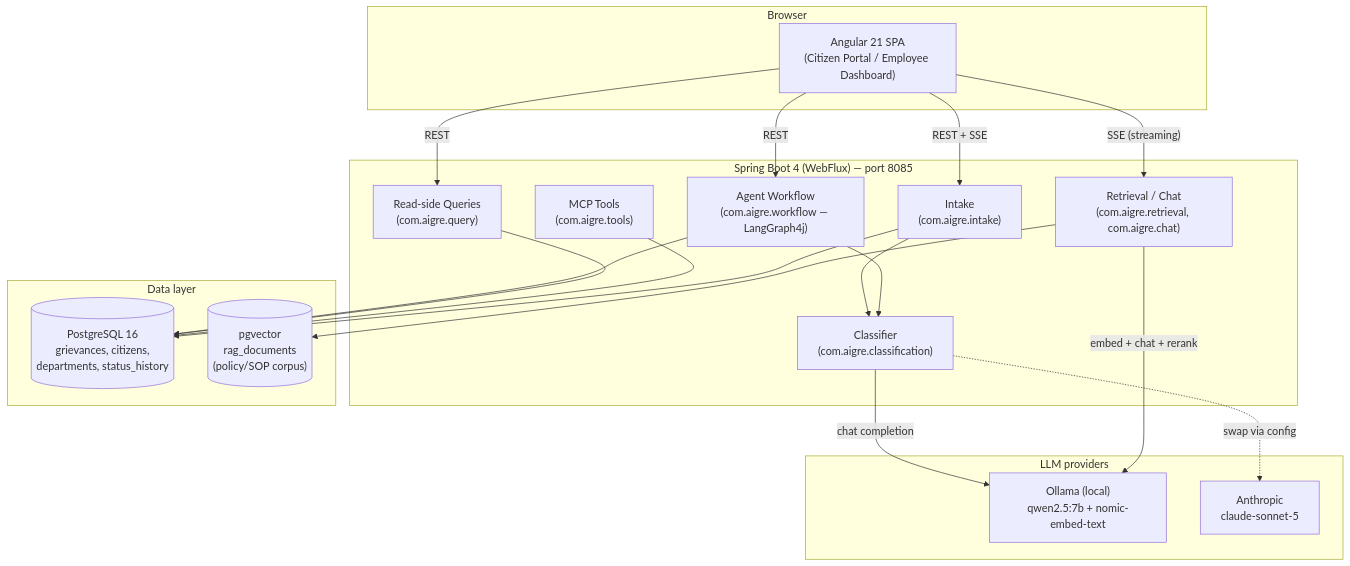
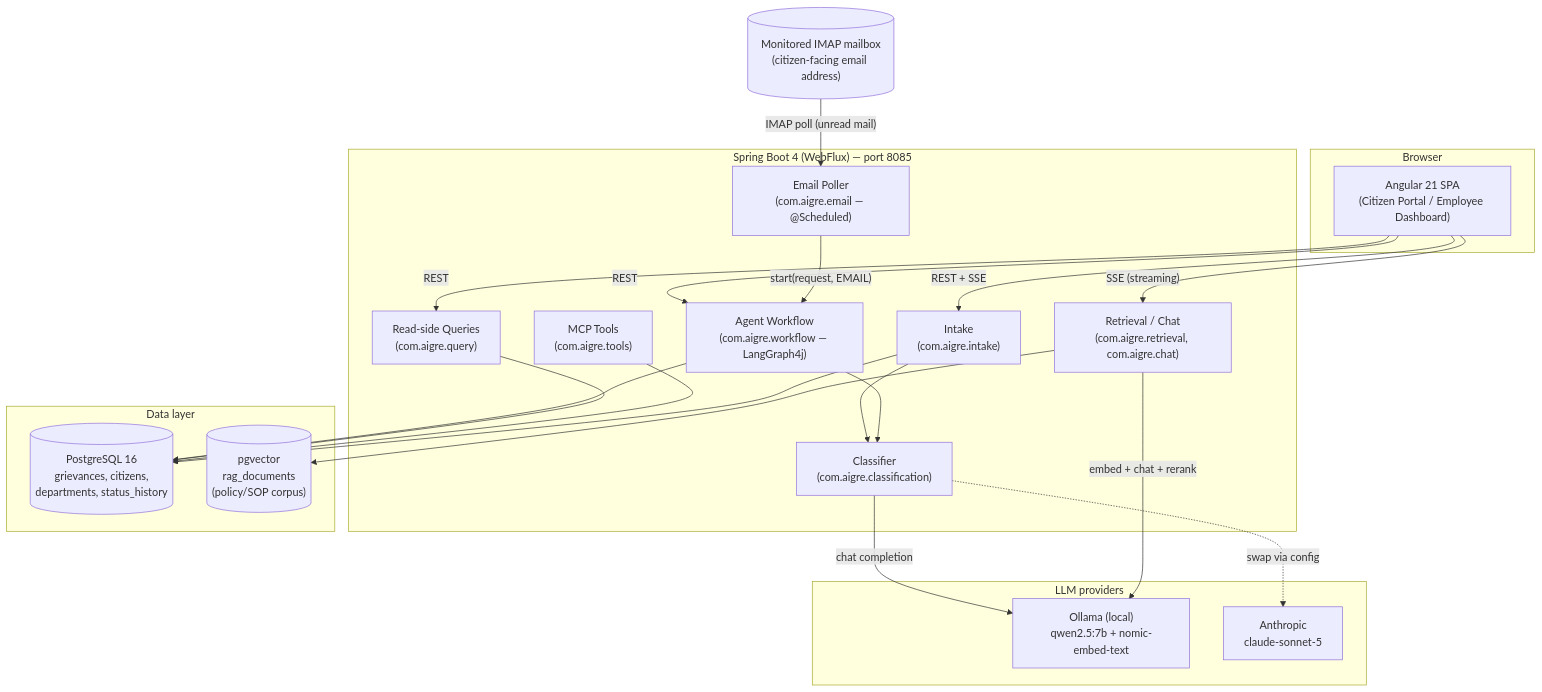
The first of 6 diagrams in docs/ARCHITECTURE.md (srikanthkaushik/aigre), drawn with Mermaid before and after one commit. The commit also changed other lines of this file and 2 other files, not shown here.

First line of the commit message:
Document the email ingestion channel; refresh the sentiment chart screenshot

````diff
--- a/docs/ARCHITECTURE.md
+++ b/docs/ARCHITECTURE.md
@@ -44,42 +45,47 @@
 ```mermaid
 flowchart TB
     subgraph Client["Browser"]
         FE["Angular 21 SPA<br/>(Citizen Portal / Employee Dashboard)"]
     end
 
+    Mailbox[("Monitored IMAP mailbox<br/>(citizen-facing email address)")]
+
     subgraph Backend["Spring Boot 4 (WebFlux) — port 8085"]
         Intake["Intake<br/>(com.aigre.intake)"]
+        Email["Email Poller<br/>(com.aigre.email — @Scheduled)"]
         Workflow["Agent Workflow<br/>(com.aigre.workflow — LangGraph4j)"]
         Classify["Classifier<br/>(com.aigre.classification)"]
         RAG["Retrieval / Chat<br/>(com.aigre.retrieval, com.aigre.chat)"]
         Query["Read-side Queries<br/>(com.aigre.query)"]
         MCP["MCP Tools<br/>(com.aigre.tools)"]
     end
 
     subgraph Data["Data layer"]
         PG[("PostgreSQL 16<br/>grievances, citizens,<br/>departments, status_history")]
         PGV[("pgvector<br/>rag_documents<br/>(policy/SOP corpus)")]
     end
 
     subgraph LLM["LLM providers"]
         Ollama["Ollama (local)<br/>qwen2.5:7b + nomic-embed-text"]
         Anthropic["Anthropic<br/>claude-sonnet-5"]
     end
 
     FE -- "REST + SSE" --> Intake
     FE -- "REST" --> Workflow
     FE -- "SSE (streaming)" --> RAG
     FE -- "REST" --> Query
+    Mailbox -- "IMAP poll (unread mail)" --> Email
+    Email -- "start(request, EMAIL)" --> Workflow
 
     Intake --> Classify
     Workflow --> Classify
     Workflow --> PG
     Classify -- "chat completion" --> Ollama
     Classify -. "swap via config" .-> Anthropic
     RAG --> PGV
     RAG -- "embed + chat + rerank" --> Ollama
     Query --> PG
     MCP --> PG
 
     Intake --> PG
 ```
````
